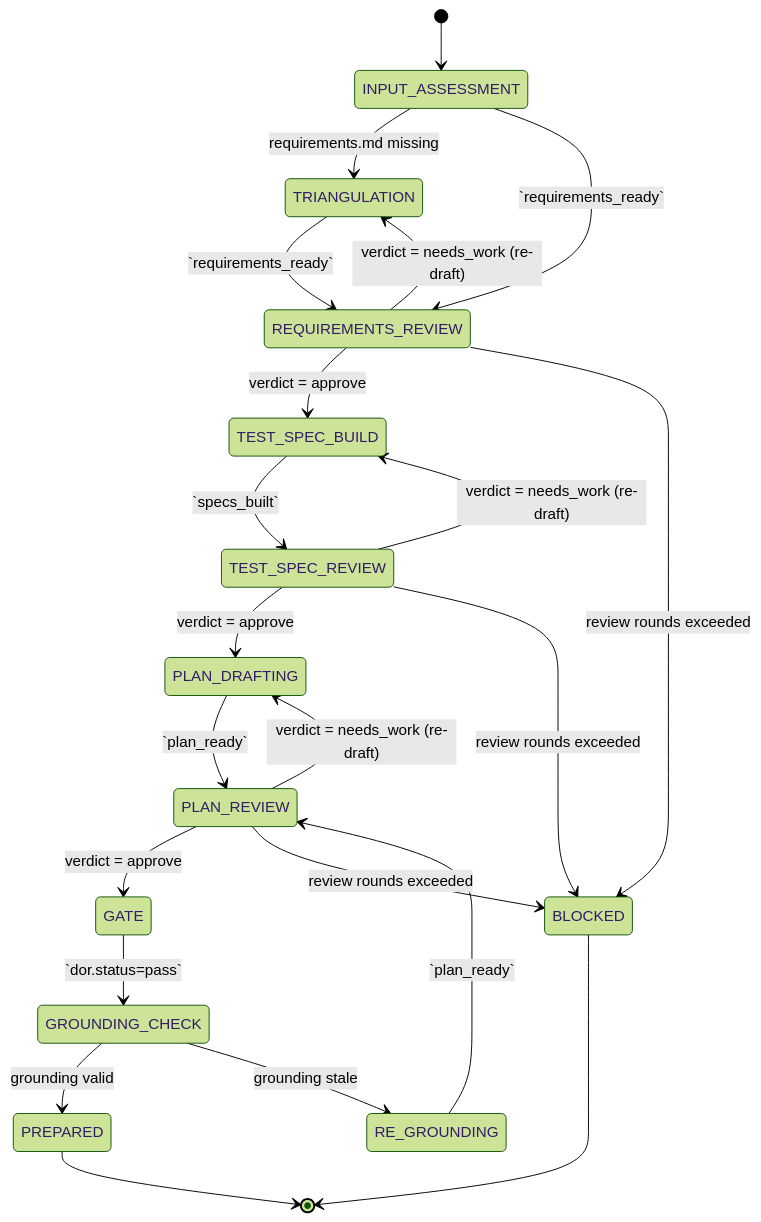
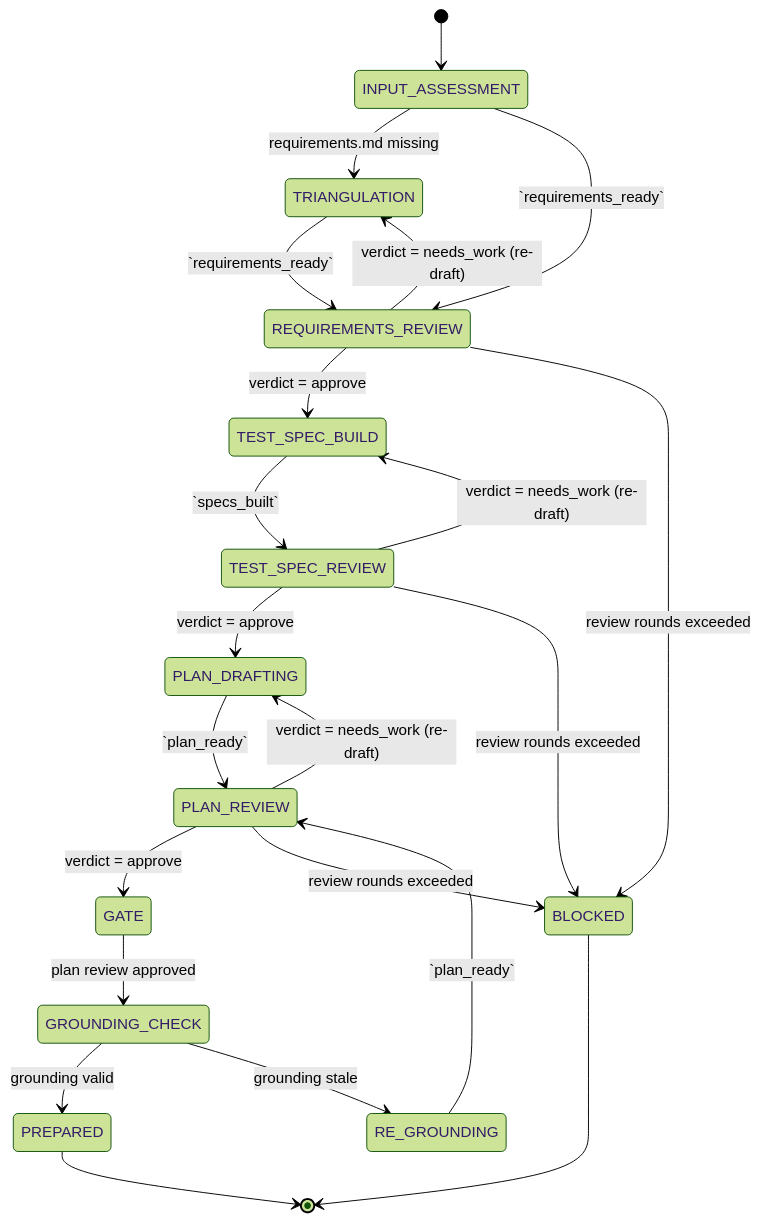
The first of 4 diagrams in docs/project/design/architecture/prepare-state-machine.md (InstruktAI/TeleClaude), drawn with Mermaid (forest theme) before and after one commit. The commit also changed other lines of this file and 34 other files, not shown here.

````diff
--- a/docs/project/design/architecture/prepare-state-machine.md
+++ b/docs/project/design/architecture/prepare-state-machine.md
@@ -81,35 +77,35 @@
 ```mermaid
 stateDiagram-v2
     [*] --> INPUT_ASSESSMENT
 
     INPUT_ASSESSMENT --> TRIANGULATION: requirements.md missing
     INPUT_ASSESSMENT --> REQUIREMENTS_REVIEW: `requirements_ready`
 
     TRIANGULATION --> REQUIREMENTS_REVIEW: `requirements_ready`
 
     REQUIREMENTS_REVIEW --> TEST_SPEC_BUILD: verdict = approve
     REQUIREMENTS_REVIEW --> TRIANGULATION: verdict = needs_work (re-draft)
     REQUIREMENTS_REVIEW --> BLOCKED: review rounds exceeded
 
     TEST_SPEC_BUILD --> TEST_SPEC_REVIEW: `specs_built`
 
     TEST_SPEC_REVIEW --> PLAN_DRAFTING: verdict = approve
     TEST_SPEC_REVIEW --> TEST_SPEC_BUILD: verdict = needs_work (re-draft)
     TEST_SPEC_REVIEW --> BLOCKED: review rounds exceeded
 
     PLAN_DRAFTING --> PLAN_REVIEW: `plan_ready`
 
     PLAN_REVIEW --> GATE: verdict = approve
     PLAN_REVIEW --> PLAN_DRAFTING: verdict = needs_work (re-draft)
     PLAN_REVIEW --> BLOCKED: review rounds exceeded
 
-    GATE --> GROUNDING_CHECK: `dor.status=pass`
+    GATE --> GROUNDING_CHECK: plan review approved
 
     GROUNDING_CHECK --> PREPARED: grounding valid
     GROUNDING_CHECK --> RE_GROUNDING: grounding stale
 
     RE_GROUNDING --> PLAN_REVIEW: `plan_ready`
 
     PREPARED --> [*]
     BLOCKED --> [*]
 ```
````
